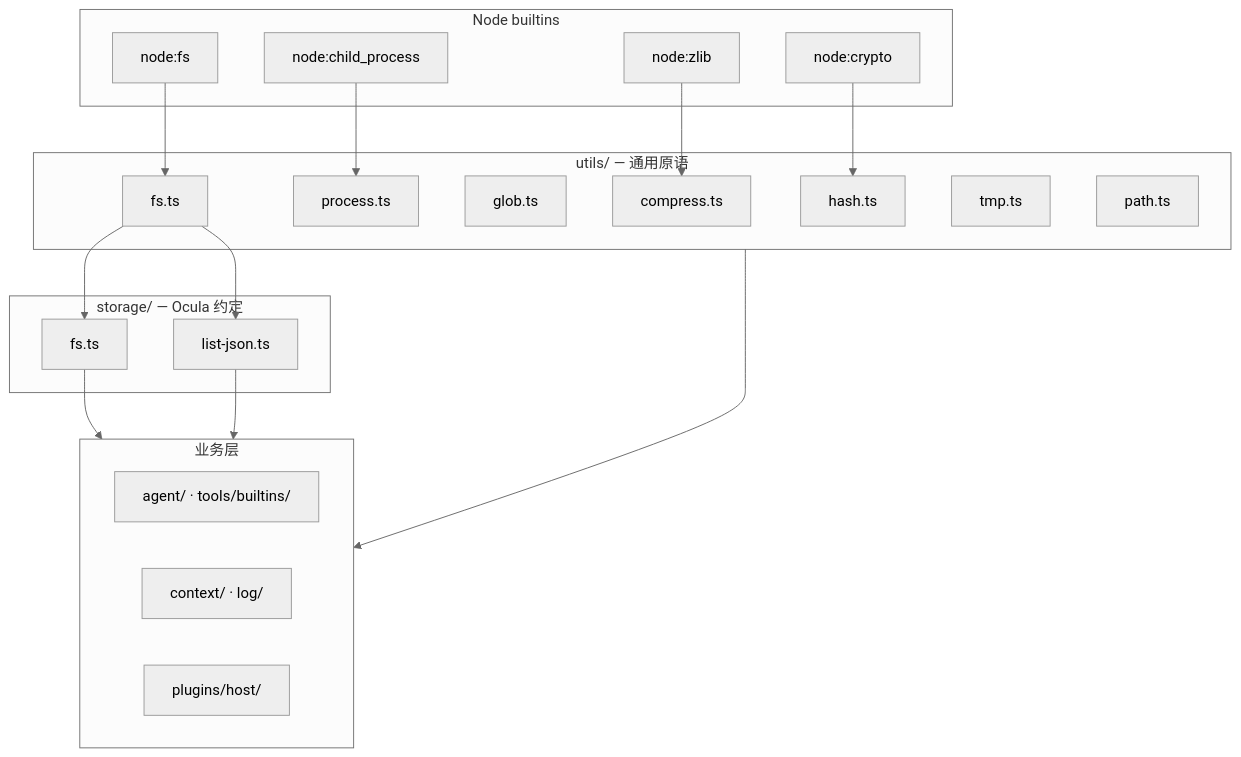
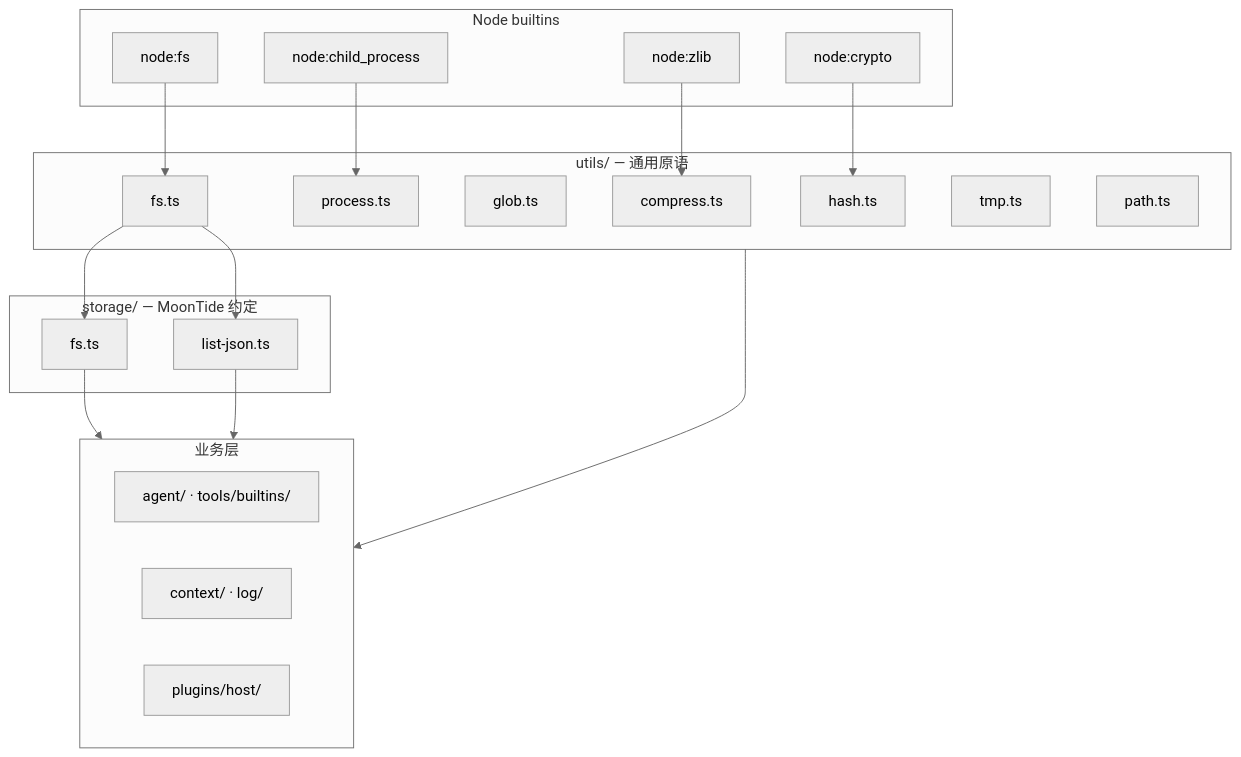
Before and after one commit to chendpoc/moontide: the diagram in docs/notes/utils-infrastructure.md, drawn with Mermaid (neutral theme). The commit also changed other lines of this file and 35 other files, not shown here.

First line of the commit message:
refactor: rename project branding from Ocula to MoonTide

````diff
--- a/docs/notes/utils-infrastructure.md
+++ b/docs/notes/utils-infrastructure.md
@@ -10,41 +10,41 @@
 ```mermaid
 flowchart TB
   subgraph node [Node builtins]
     fs[node:fs]
     cp[node:child_process]
     zlib[node:zlib]
     crypto[node:crypto]
   end
 
   subgraph utils [utils/ — 通用原语]
     ufs[fs.ts]
     uproc[process.ts]
     uglob[glob.ts]
     ucompress[compress.ts]
     uhash[hash.ts]
     utmp[tmp.ts]
     upath[path.ts]
   end
 
-  subgraph storage [storage/ — Ocula 约定]
+  subgraph storage [storage/ — MoonTide 约定]
     sfs[fs.ts]
     slist[list-json.ts]
   end
 
   subgraph domain [业务层]
     agent[agent/ · tools/builtins/]
     context[context/ · log/]
     plugin[plugins/host/]
   end
 
   fs --> ufs
   cp --> uproc
   zlib --> ucompress
   crypto --> uhash
 
   ufs --> sfs
   ufs --> slist
   sfs --> domain
   slist --> domain
   utils --> domain
 ```
````
